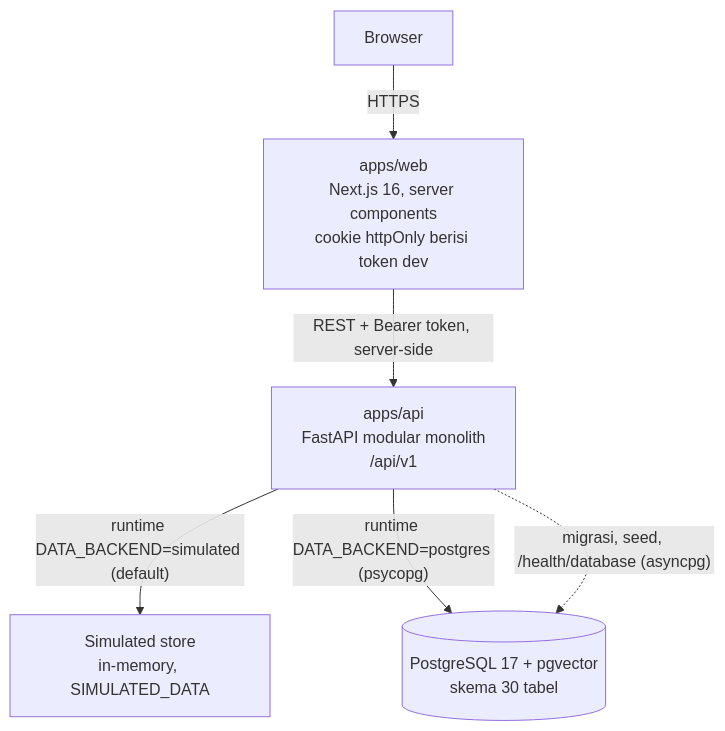
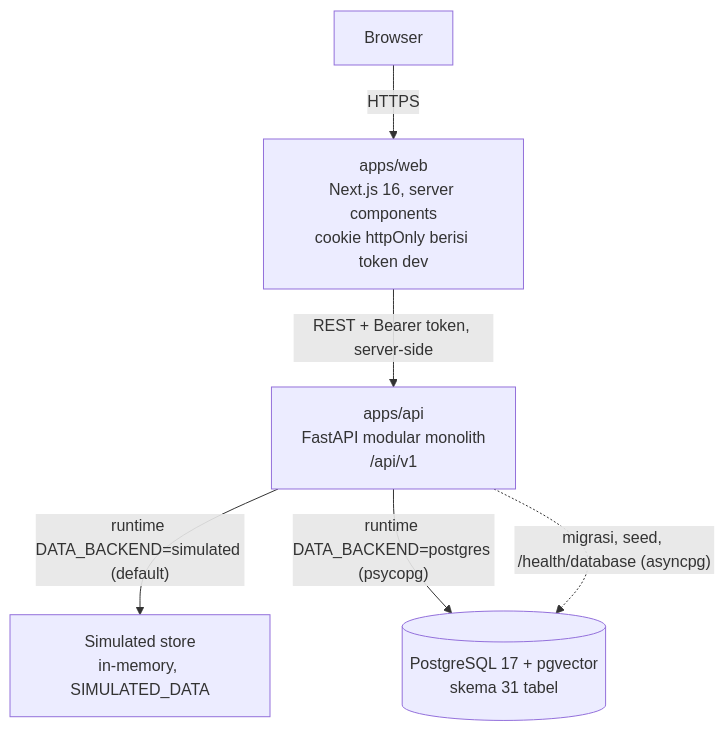
One commit to jundy779/SUNOVATE changed the diagram in docs/03-architecture/container-architecture.md. Above: the diagram before and after it, drawn with Mermaid. The commit also changed 28 other files, not shown here.

Commit message:
docs: align team count, schema, endpoints, roadmap, and pilot status across documents

````diff
--- a/docs/03-architecture/container-architecture.md
+++ b/docs/03-architecture/container-architecture.md
@@ -15,13 +15,13 @@
 ```mermaid
 flowchart TB
     B["Browser"]
     W["apps/web<br/>Next.js 16, server components<br/>cookie httpOnly berisi token dev"]
     A["apps/api<br/>FastAPI modular monolith<br/>/api/v1"]
     ST["Simulated store<br/>in-memory, SIMULATED_DATA"]
-    PG[("PostgreSQL 17 + pgvector<br/>skema 30 tabel")]
+    PG[("PostgreSQL 17 + pgvector<br/>skema 31 tabel")]
     B -->|HTTPS| W
     W -->|"REST + Bearer token, server-side"| A
     A -->|"runtime DATA_BACKEND=simulated (default)"| ST
     A -->|"runtime DATA_BACKEND=postgres (psycopg)"| PG
     A -.->|"migrasi, seed, /health/database (asyncpg)"| PG
 ```
````
